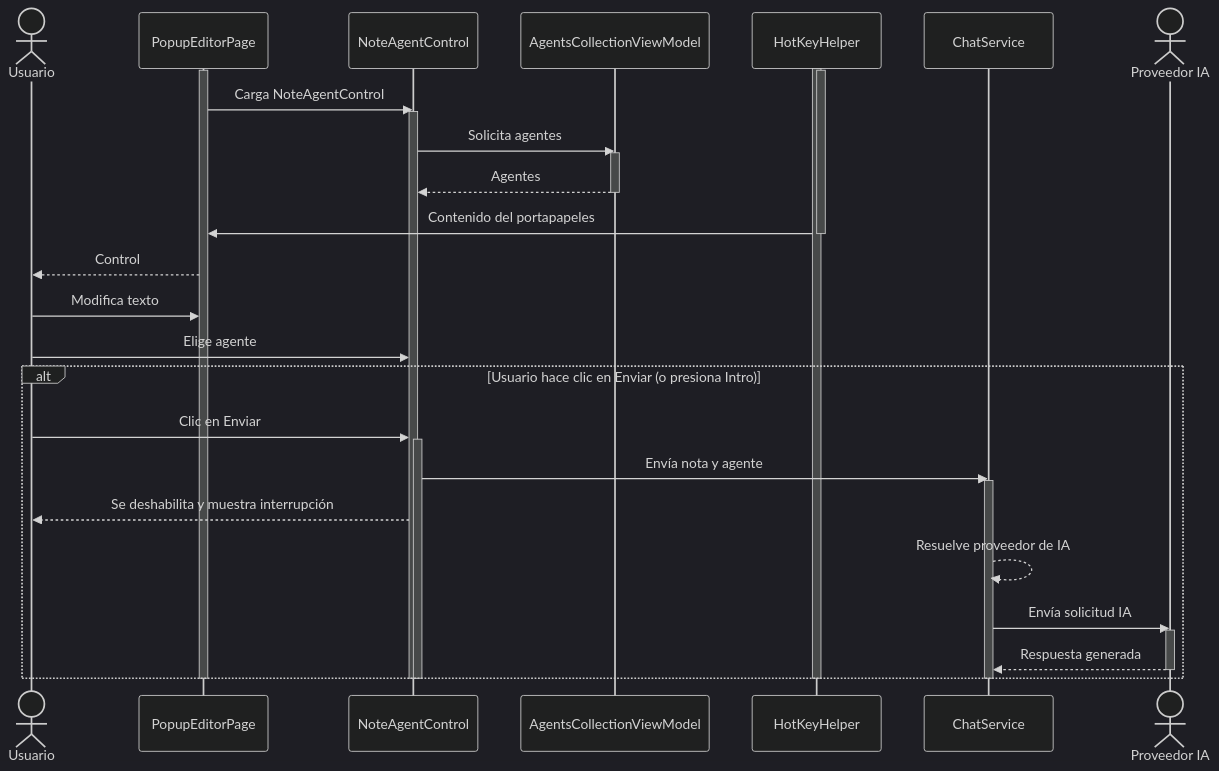
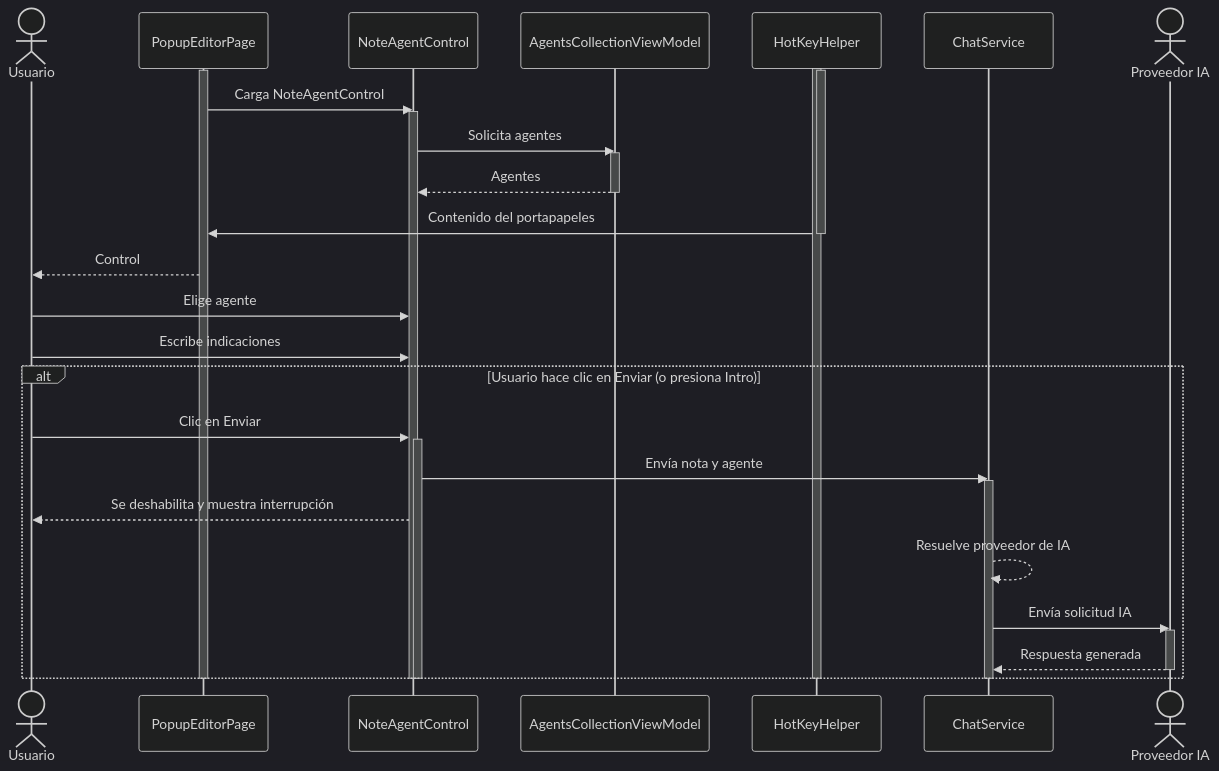
Before and after one commit to bcgrillo/powerpad: diagram 15 of 16 in Wiki/12. Ejemplos de Uso y Flujos de Trabajo.md, drawn with Mermaid (dark theme). The commit also changed other lines of this file and 12 other files, not shown here.

````diff
--- a/Wiki/12. Ejemplos de Uso y Flujos de Trabajo.md
+++ b/Wiki/12. Ejemplos de Uso y Flujos de Trabajo.md
@@ -881,45 +918,45 @@
 ```mermaid
 sequenceDiagram
     actor U as Usuario
     participant PEP as PopupEditorPage
     participant NAC as NoteAgentControl
     participant ACVM as AgentsCollectionViewModel
     participant HKH as HotKeyHelper
     participant CS as ChatService
     actor IA as Proveedor IA
 
     activate HKH
     activate HKH
     activate PEP
     PEP->>NAC: Carga NoteAgentControl
     activate NAC
     NAC->>ACVM: Solicita agentes
     activate ACVM
     ACVM-->>NAC: Agentes
     deactivate ACVM
 
     HKH->>PEP: Contenido del portapapeles
     deactivate HKH
     PEP-->>U: Control
-    U->>PEP: Modifica texto
     U->>NAC: Elige agente
+    U->>NAC: Escribe indicaciones
 
     alt Usuario hace clic en Enviar (o presiona Intro)
         U->>NAC: Clic en Enviar
         activate NAC
         NAC->>CS: Envía nota y agente
         activate CS
         NAC-->>U: Se deshabilita y muestra interrupción
         CS-->>CS: Resuelve proveedor de IA
         CS->>IA: Envía solicitud IA
         activate IA
         IA-->>CS: Respuesta generada
         deactivate IA
     end
 
     deactivate NAC
     deactivate HKH
     deactivate CS
     deactivate NAC
     deactivate PEP
 ```
````
